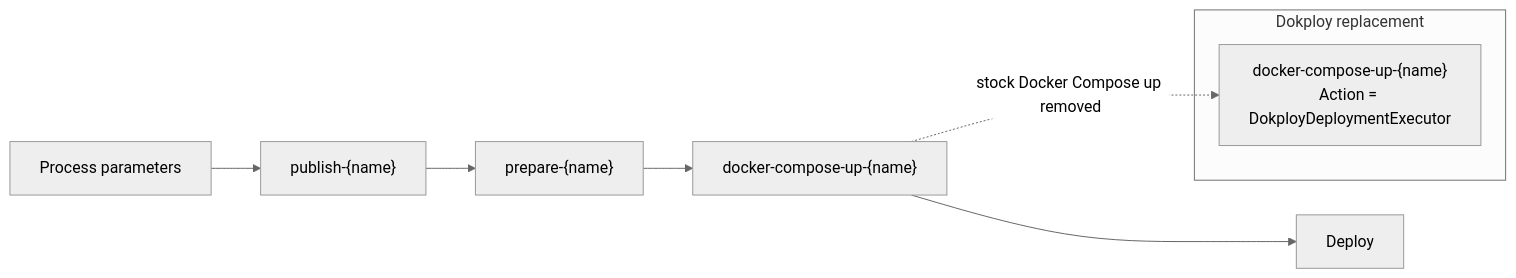
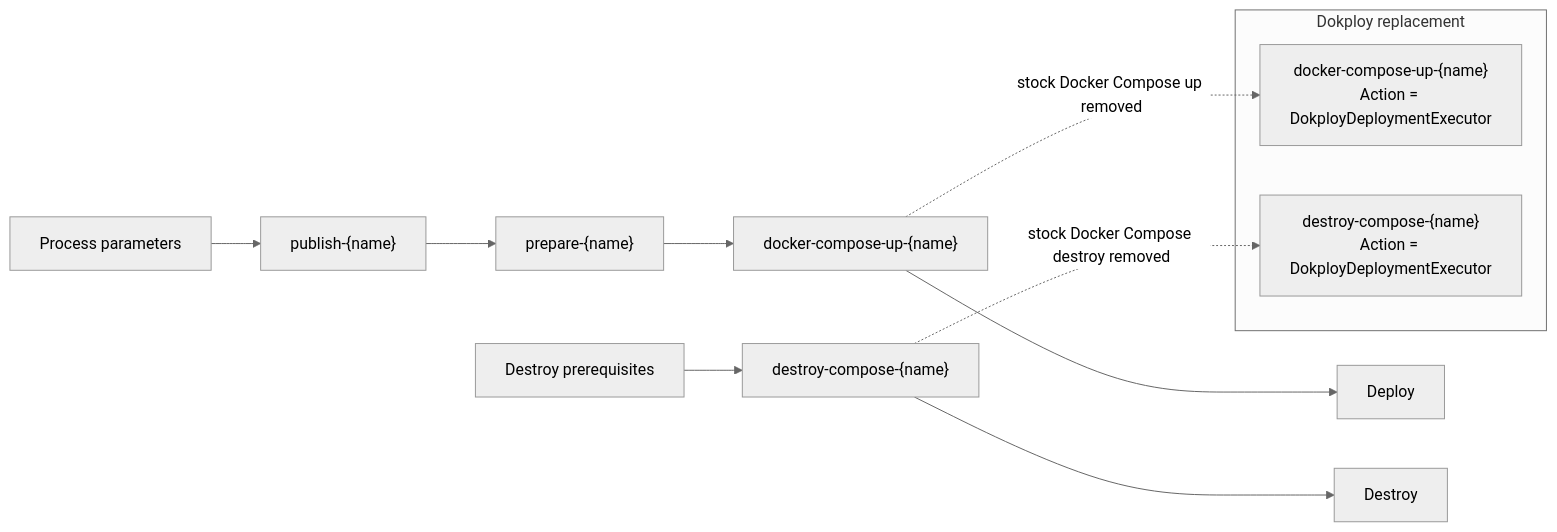
Before and after one commit to jomaxso/sorvia-aspire: the second of 15 diagrams in docs/dokploy-deployment-architecture.md, drawn with Mermaid (neutral theme). The commit also changed other lines of this file and 5 other files, not shown here.

Commit message:
feat: Implement Dokploy destroy flow and enhance documentation for cleanup behavior

````diff
--- a/docs/dokploy-deployment-architecture.md
+++ b/docs/dokploy-deployment-architecture.md
@@ -75,13 +77,17 @@
 ```mermaid
 flowchart LR
     A["Process parameters"] --> B["publish-{name}"]
     B --> C["prepare-{name}"]
     C --> D["docker-compose-up-{name}"]
     D --> E["Deploy"]
+    F["Destroy prerequisites"] --> G["destroy-compose-{name}"]
+    G --> H["Destroy"]
 
     subgraph Replacement["Dokploy replacement"]
         D2["docker-compose-up-{name}<br/>Action = DokployDeploymentExecutor"]
+        G2["destroy-compose-{name}<br/>Action = DokployDeploymentExecutor"]
     end
 
     D -. "stock Docker Compose up removed" .-> D2
+    G -. "stock Docker Compose destroy removed" .-> G2
 ```
````
